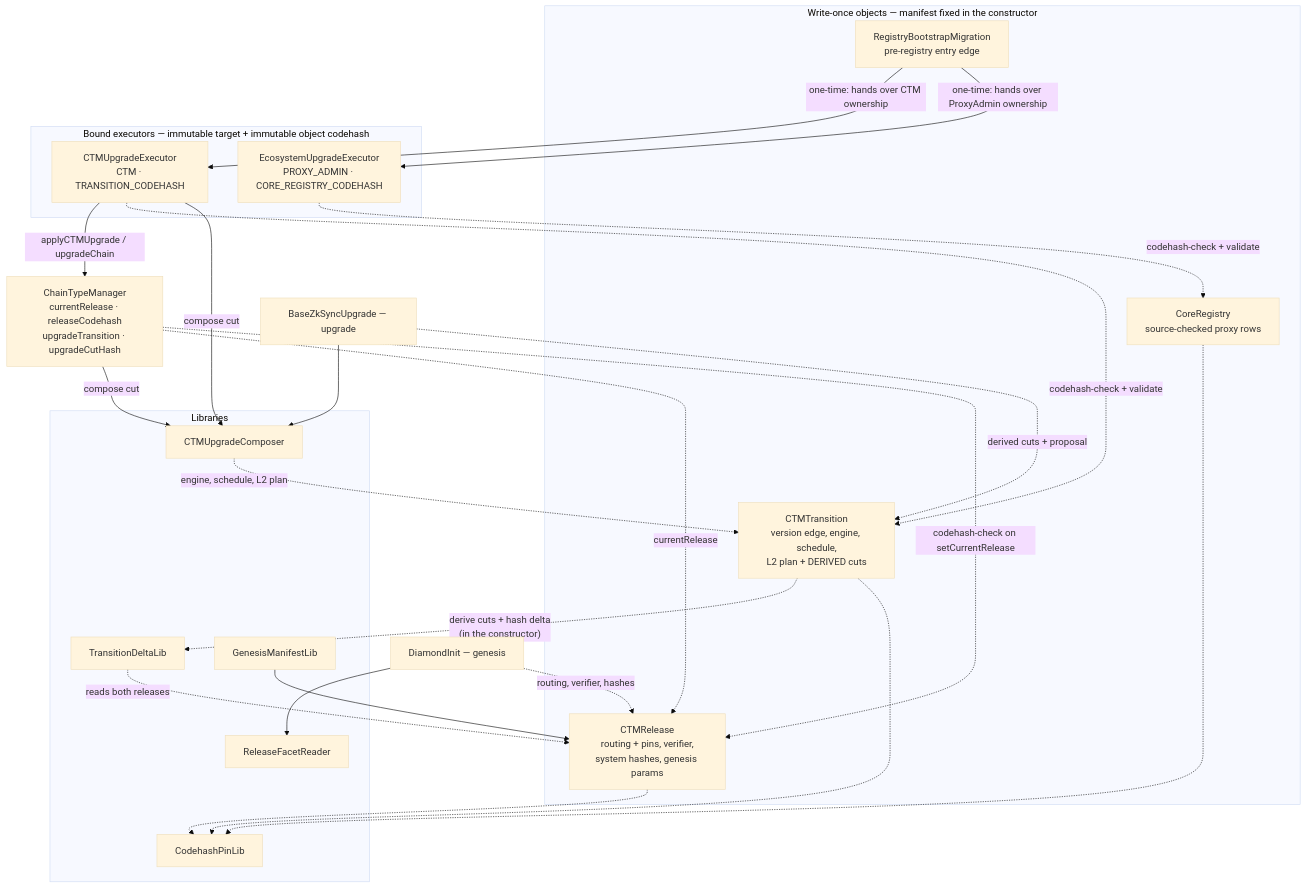
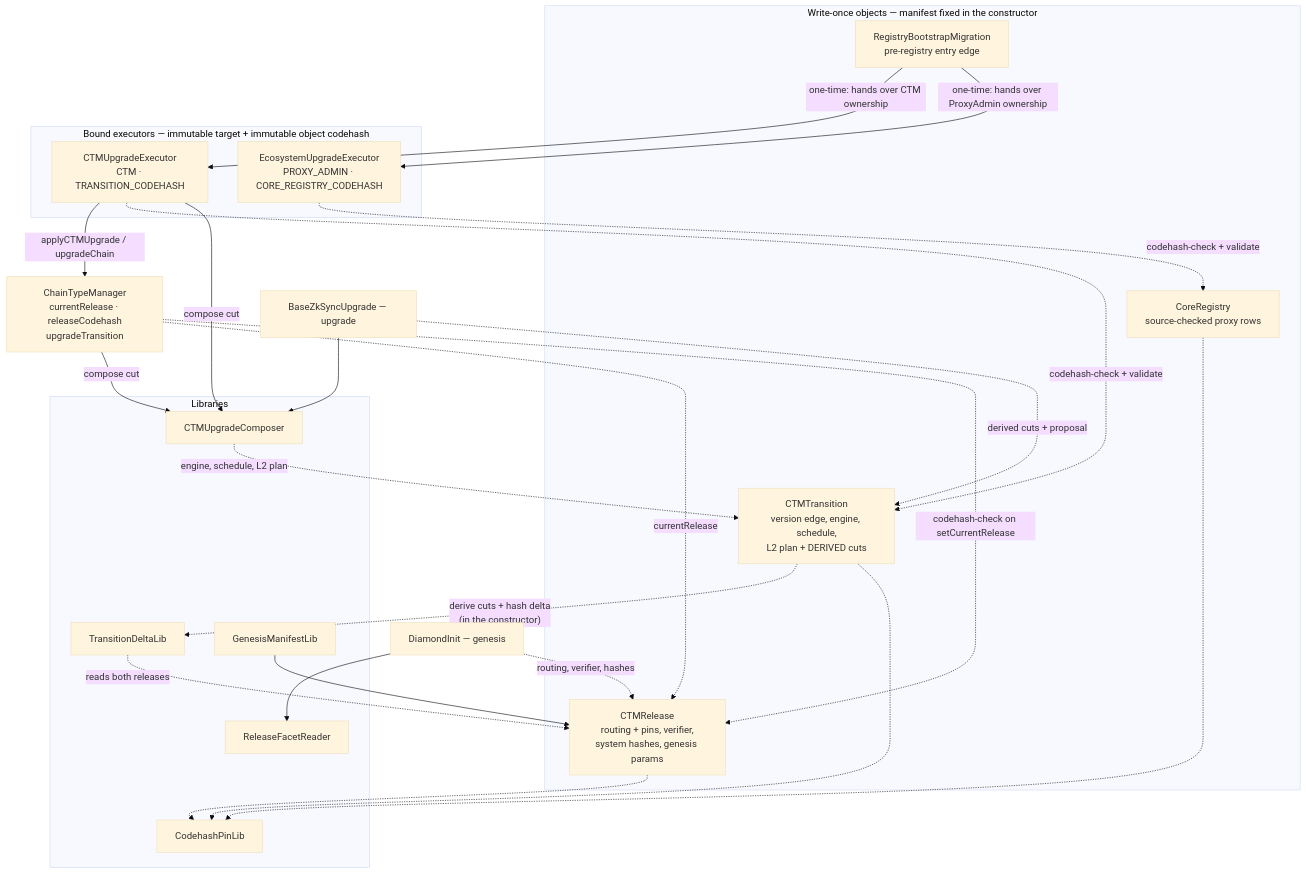
Before and after one commit to matter-labs/era-contracts: the first of 3 diagrams in docs/registry-driven-upgrades.md, drawn with Mermaid (base theme). The commit also changed other lines of this file and 17 other files, not shown here.

First line of the commit message:
review: deprecate upgradeCutHash; deadlines single-sourced from the transition

````diff
--- a/docs/registry-driven-upgrades.md
+++ b/docs/registry-driven-upgrades.md
@@ -53,51 +53,51 @@
 ```mermaid
 flowchart TB
     subgraph obj["Write-once objects — manifest fixed in the constructor"]
       REL["CTMRelease<br/>routing + pins, verifier,<br/>system hashes, genesis params"]
       TRA["CTMTransition<br/>version edge, engine, schedule,<br/>L2 plan + DERIVED cuts"]
       CR["CoreRegistry<br/>source-checked proxy rows"]
       BOOT["RegistryBootstrapMigration<br/>pre-registry entry edge"]
     end
 
     subgraph exe["Bound executors — immutable target + immutable object codehash"]
       CE["CTMUpgradeExecutor<br/>CTM · TRANSITION_CODEHASH"]
       EE["EcosystemUpgradeExecutor<br/>PROXY_ADMIN · CORE_REGISTRY_CODEHASH"]
     end
 
     subgraph lib["Libraries"]
       TDL["TransitionDeltaLib"]
       RFR["ReleaseFacetReader"]
       CUC["CTMUpgradeComposer"]
       GML["GenesisManifestLib"]
       CPL["CodehashPinLib"]
     end
 
-    CTM["ChainTypeManager<br/>currentRelease · releaseCodehash<br/>upgradeTransition · upgradeCutHash"]
+    CTM["ChainTypeManager<br/>currentRelease · releaseCodehash<br/>upgradeTransition"]
     DI["DiamondInit — genesis"]
     BZU["BaseZkSyncUpgrade — upgrade"]
 
     GML --> REL
     TRA -. "derive cuts + hash delta<br/>(in the constructor)" .-> TDL
     TDL -. "reads both releases" .-> REL
 
     CE -- "applyCTMUpgrade / upgradeChain" --> CTM
     CE -. "codehash-check + validate" .-> TRA
     EE -. "codehash-check + validate" .-> CR
     BOOT -- "one-time: hands over CTM ownership" --> CE
     BOOT -- "one-time: hands over ProxyAdmin ownership" --> EE
 
     CTM -. currentRelease .-> REL
     CTM -. "codehash-check on setCurrentRelease" .-> REL
     CTM -- "compose cut" --> CUC
     CE -- "compose cut" --> CUC
     CUC -. "engine, schedule, L2 plan" .-> TRA
 
     DI -. "routing, verifier, hashes" .-> REL
     DI --> RFR
     BZU -. "derived cuts + proposal" .-> TRA
     BZU --> CUC
 
     REL -.-> CPL
     TRA -.-> CPL
     CR -.-> CPL
 ```
````
